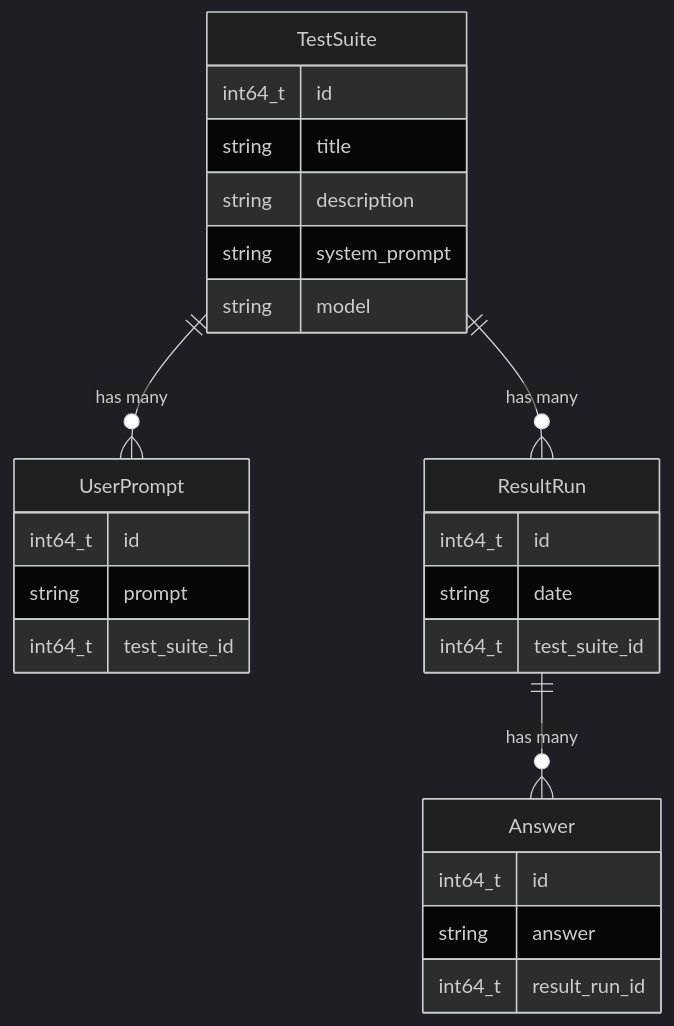
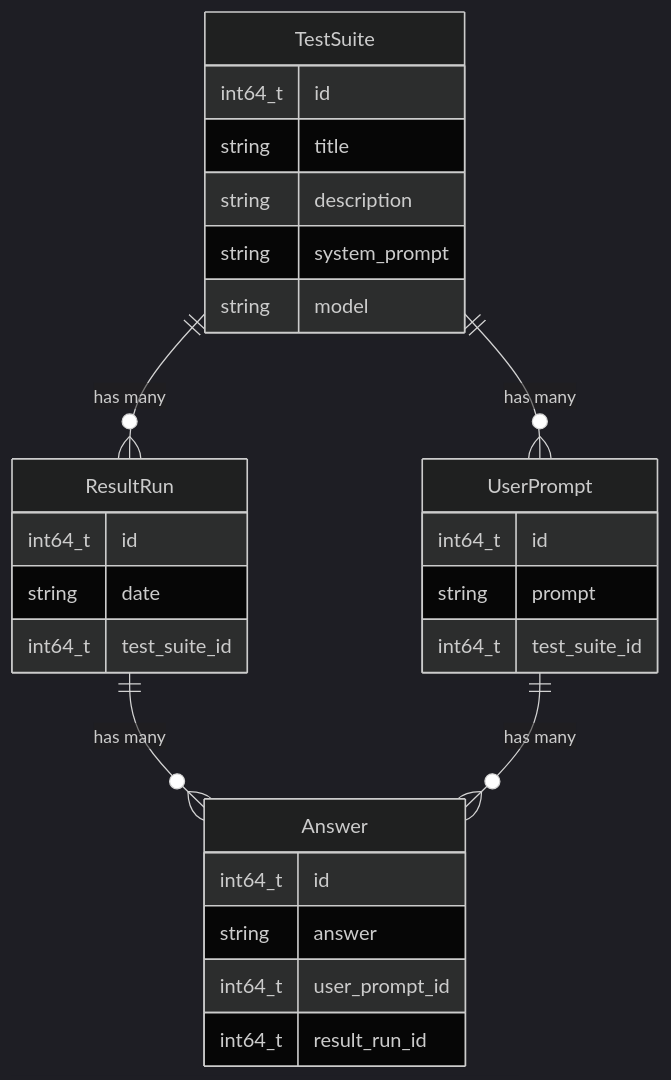
The diagram in README.md (nikelaz/prompt-workbench), drawn with Mermaid (dark theme) before and after one commit.

Commit message:
chore: update ER diagram

````diff
--- a/README.md
+++ b/README.md
@@ -5,33 +5,35 @@
 ```mermaid
 erDiagram
     TestSuite {
         int64_t id
         string title
         string description
         string system_prompt
         string model
     }
 
     UserPrompt {
         int64_t id
         string prompt
         int64_t test_suite_id
     }
 
     ResultRun {
         int64_t id
         string date
         int64_t test_suite_id
     }
 
     Answer {
         int64_t id
         string answer
+        int64_t user_prompt_id
         int64_t result_run_id
     }
 
     %% Relationships
     TestSuite ||--o{ UserPrompt : "has many"
     TestSuite ||--o{ ResultRun : "has many"
     ResultRun ||--o{ Answer : "has many"
+    UserPrompt ||--o{ Answer : "has many"
 ```
````
